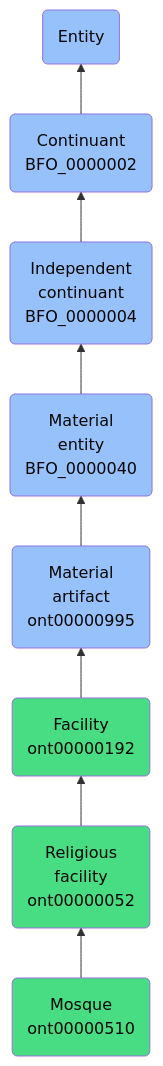
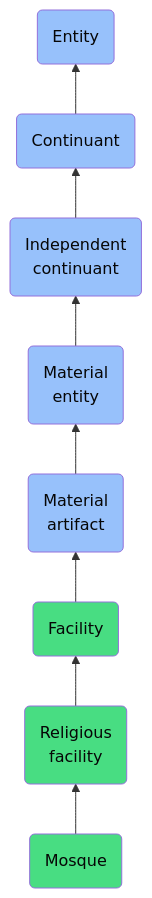
The diagram in docs/ontology/reference/model/Entity/Continuant/Independent continuant/Material entity/Material artifact/Facility/Religious facility/Mosque/Mosque.md (jupyter-naas/abi), drawn with Mermaid before and after one commit. The commit also changed other lines of this file and 1430 other files, not shown here.

````diff
--- a/docs/ontology/reference/model/Entity/Continuant/Independent continuant/Material entity/Material artifact/Facility/Religious facility/Mosque/Mosque.md
+++ b/docs/ontology/reference/model/Entity/Continuant/Independent continuant/Material entity/Material artifact/Facility/Religious facility/Mosque/Mosque.md
@@ -24,15 +24,15 @@
 ```mermaid
 graph BT
-    ont00000510(Mosque<br>ont00000510):::ABI-->ont00000052
-    ont00000052(Religious<br>facility<br>ont00000052):::ABI-->ont00000192
-    ont00000192(Facility<br>ont00000192):::ABI-->ont00000995
-    ont00000995(Material<br>artifact<br>ont00000995):::BFO-->BFO_0000040
-    BFO_0000040(Material<br>entity<br>BFO_0000040):::BFO-->BFO_0000004
-    BFO_0000004(Independent<br>continuant<br>BFO_0000004):::BFO-->BFO_0000002
-    BFO_0000002(Continuant<br>BFO_0000002):::BFO-->BFO_0000001
+    ont00000510(Mosque):::ABI-->ont00000052
+    ont00000052(Religious<br>facility):::ABI-->ont00000192
+    ont00000192(Facility):::ABI-->ont00000995
+    ont00000995(Material<br>artifact):::BFO-->BFO_0000040
+    BFO_0000040(Material<br>entity):::BFO-->BFO_0000004
+    BFO_0000004(Independent<br>continuant):::BFO-->BFO_0000002
+    BFO_0000002(Continuant):::BFO-->BFO_0000001
     BFO_0000001(Entity):::BFO
     
     classDef BFO fill:#97c1fb,color:#060606
     classDef CCO fill:#e4c51e,color:#060606
     classDef ABI fill:#48DD82,color:#060606
 ```
````
